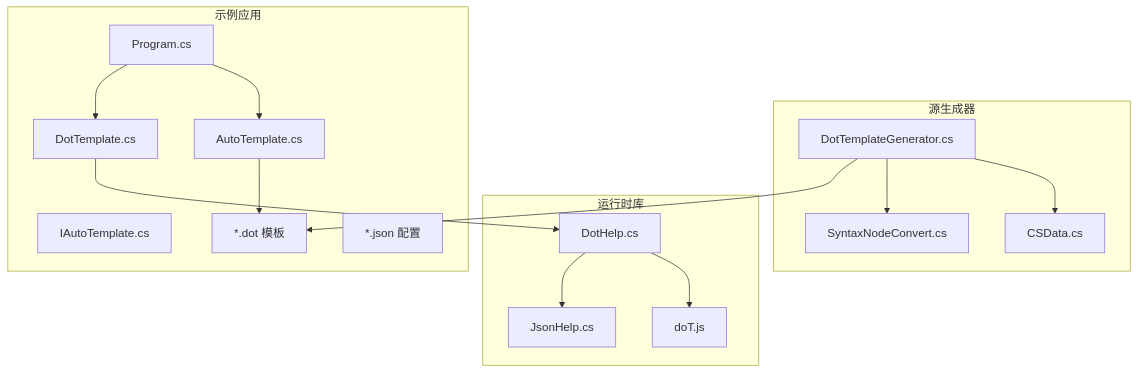
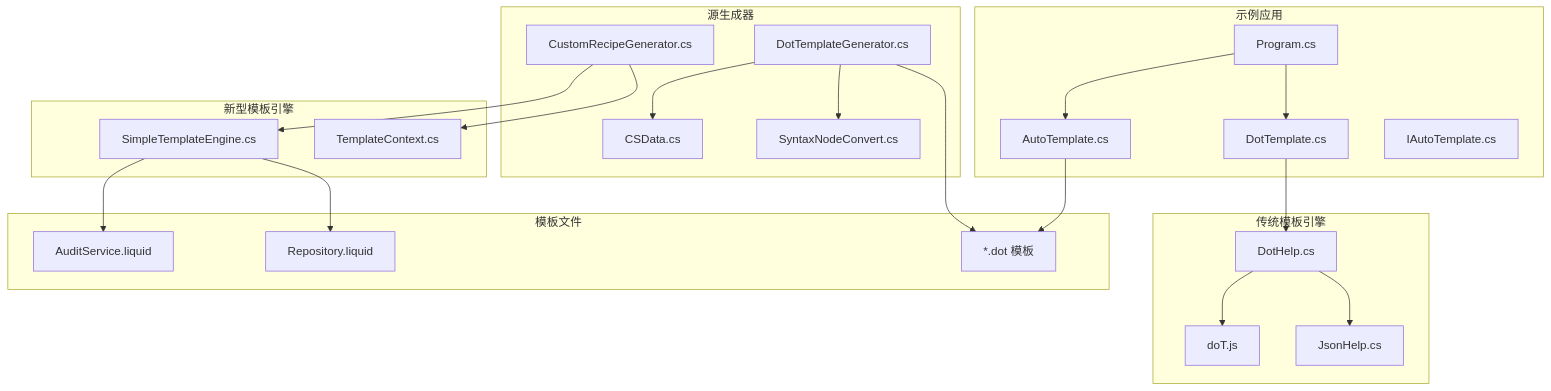
Before and after one commit to alivy/AutoCode: the first of 8 diagrams in .qoder/repowiki/zh/content/模板系统/模板系统.md, drawn with Mermaid. The commit also changed other lines of this file and 279 other files, not shown here.

````diff
--- a/.qoder/repowiki/zh/content/模板系统/模板系统.md
+++ b/.qoder/repowiki/zh/content/模板系统/模板系统.md
@@ -54,30 +63,42 @@
 ```mermaid
 graph TB
-subgraph "运行时库"
+subgraph "传统模板引擎"
 DOTJS["doT.js"]
 DOTH["DotHelp.cs"]
 JSONH["JsonHelp.cs"]
+end
+subgraph "新型模板引擎"
+SIMPLE["SimpleTemplateEngine.cs"]
+CTX["TemplateContext.cs"]
 end
 subgraph "源生成器"
 DTG["DotTemplateGenerator.cs"]
 CSData["CSData.cs"]
 Snc["SyntaxNodeConvert.cs"]
+CRG["CustomRecipeGenerator.cs"]
+end
+subgraph "模板文件"
+LIQUID1["AuditService.liquid"]
+LIQUID2["Repository.liquid"]
+DOTTPL["*.dot 模板"]
 end
 subgraph "示例应用"
 AppProg["Program.cs"]
 AutoTpl["AutoTemplate.cs"]
 DotTpl["DotTemplate.cs"]
 IAutoTpl["IAutoTemplate.cs"]
-Tpls["*.dot 模板"]
-Jsons["*.json 配置"]
 end
 AppProg --> AutoTpl
 AppProg --> DotTpl
-AutoTpl --> Tpls
+AutoTpl --> DOTTPL
 DotTpl --> DOTH
 DOTH --> DOTJS
 DOTH --> JSONH
+CRG --> SIMPLE
+CRG --> CTX
+SIMPLE --> LIQUID1
+SIMPLE --> LIQUID2
 DTG --> CSData
 DTG --> Snc
-DTG --> Tpls
+DTG --> DOTTPL
 ```
````
